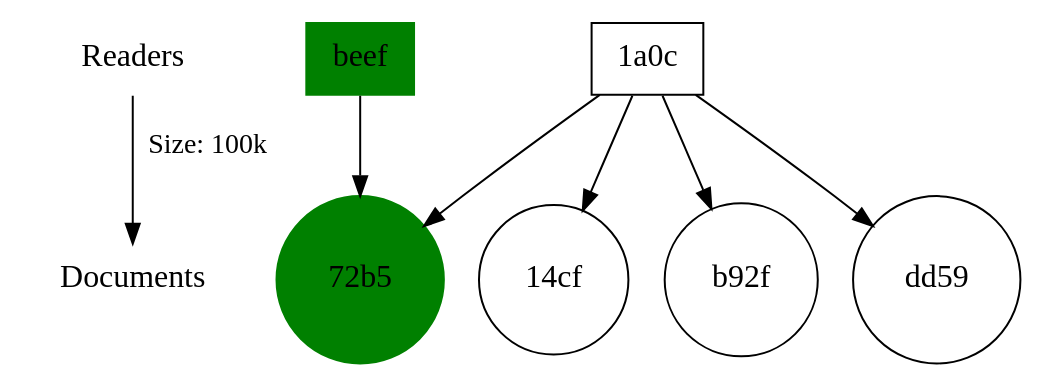
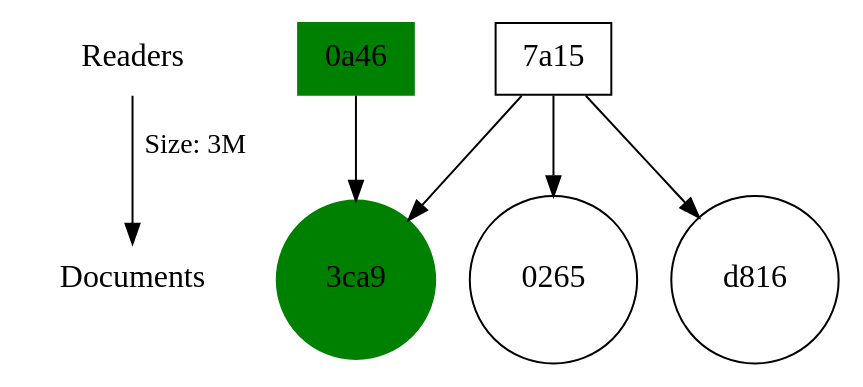
One commit to duncstin/F21SC_Coursework2 changed the diagram in test-output.gv. Above: the diagram before and after it, drawn with Graphviz. The commit also changed 10 other files, not shown here.

```diff
--- a/test-output.gv
+++ b/test-output.gv
@@ -1,21 +1,17 @@
 strict digraph "Also likes" {
 	node [fontsize=16 shape=plaintext]
 	r [label=Readers]
 	d [label=Documents]
-	r -> d [label="Size: 100k"]
-	"72b5" [label="72b5" color=green rank=d shape=circle style=filled]
-	beef [label=beef color=green rank=r shape=box style=filled]
-	beef -> "72b5"
-	"14cf" [label="14cf" rank=d shape=circle]
-	"1a0c" [label="1a0c" rank=r shape=box]
-	"1a0c" -> "14cf"
-	"1a0c" -> "72b5"
-	b92f [label=b92f rank=d shape=circle]
-	"1a0c" [label="1a0c" rank=r shape=box]
-	"1a0c" -> b92f
-	"1a0c" -> "72b5"
-	dd59 [label=dd59 rank=d shape=circle]
-	"1a0c" [label="1a0c" rank=r shape=box]
-	"1a0c" -> dd59
-	"1a0c" -> "72b5"
+	r -> d [label="Size: 3M"]
+	"3ca9" [label="3ca9" color=green rank=d shape=circle style=filled]
+	"0a46" [label="0a46" color=green rank=r shape=box style=filled]
+	"0a46" -> "3ca9"
+	0265 [label=0265 rank=d shape=circle]
+	"7a15" [label="7a15" rank=r shape=box]
+	"7a15" -> 0265
+	"7a15" -> "3ca9"
+	d816 [label=d816 rank=d shape=circle]
+	"7a15" [label="7a15" rank=r shape=box]
+	"7a15" -> d816
+	"7a15" -> "3ca9"
 }
```
